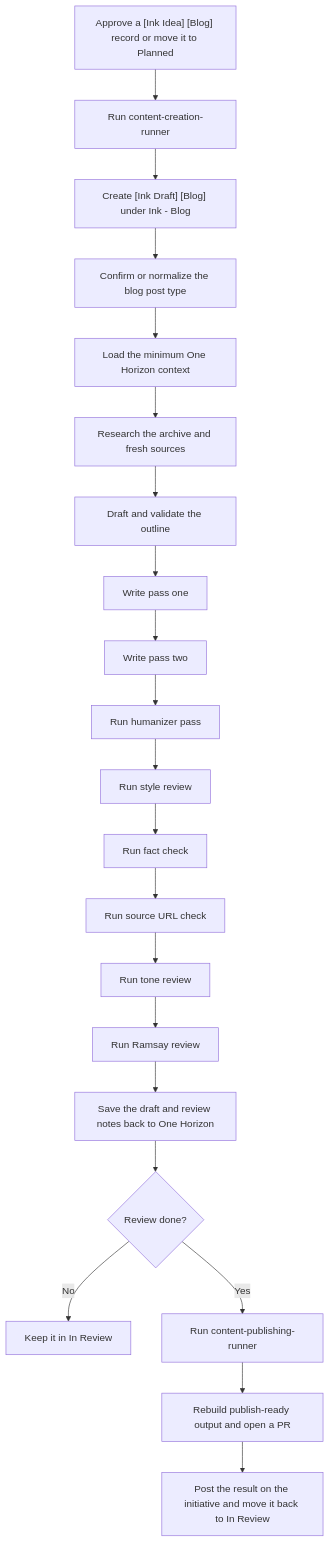
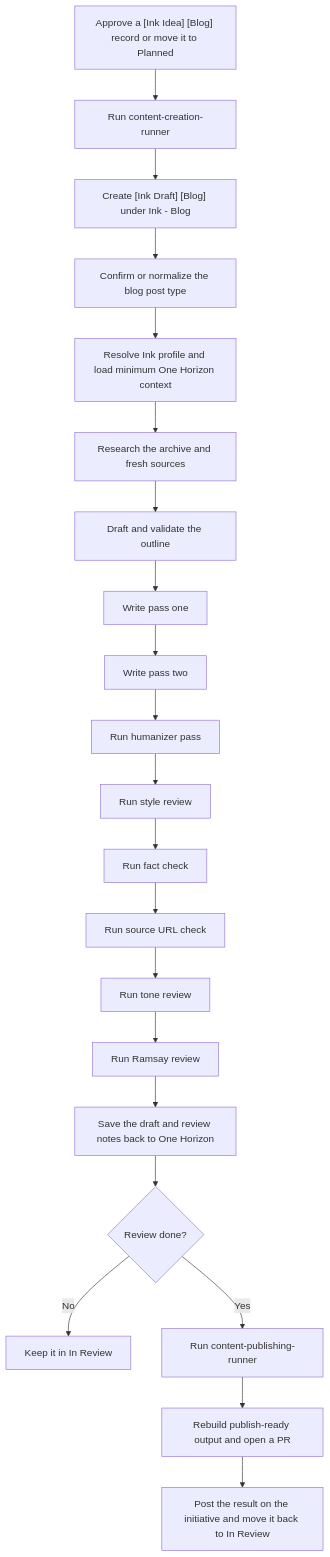
The third of 4 diagrams in README.md (onehorizonai/ink), drawn with Mermaid before and after one commit. The commit also changed other lines of this file and 73 other files, not shown here.

````diff
--- a/README.md
+++ b/README.md
@@ -285,23 +310,23 @@
 ```mermaid
 flowchart TD
     A["Approve a [Ink Idea] [Blog] record or move it to Planned"] --> B["Run content-creation-runner"]
     B --> C["Create [Ink Draft] [Blog] under Ink - Blog"]
     C --> D["Confirm or normalize the blog post type"]
-    D --> E["Load the minimum One Horizon context"]
+    D --> E["Resolve Ink profile and load minimum One Horizon context"]
     E --> F["Research the archive and fresh sources"]
     F --> G["Draft and validate the outline"]
     G --> H["Write pass one"]
     H --> I["Write pass two"]
     I --> J["Run humanizer pass"]
     J --> K["Run style review"]
     K --> L["Run fact check"]
     L --> M["Run source URL check"]
     M --> N["Run tone review"]
     N --> O["Run Ramsay review"]
     O --> P["Save the draft and review notes back to One Horizon"]
     P --> Q{"Review done?"}
     Q -- "No" --> R["Keep it in In Review"]
     Q -- "Yes" --> S["Run content-publishing-runner"]
     S --> T["Rebuild publish-ready output and open a PR"]
     T --> U["Post the result on the initiative and move it back to In Review"]
 ```
````
